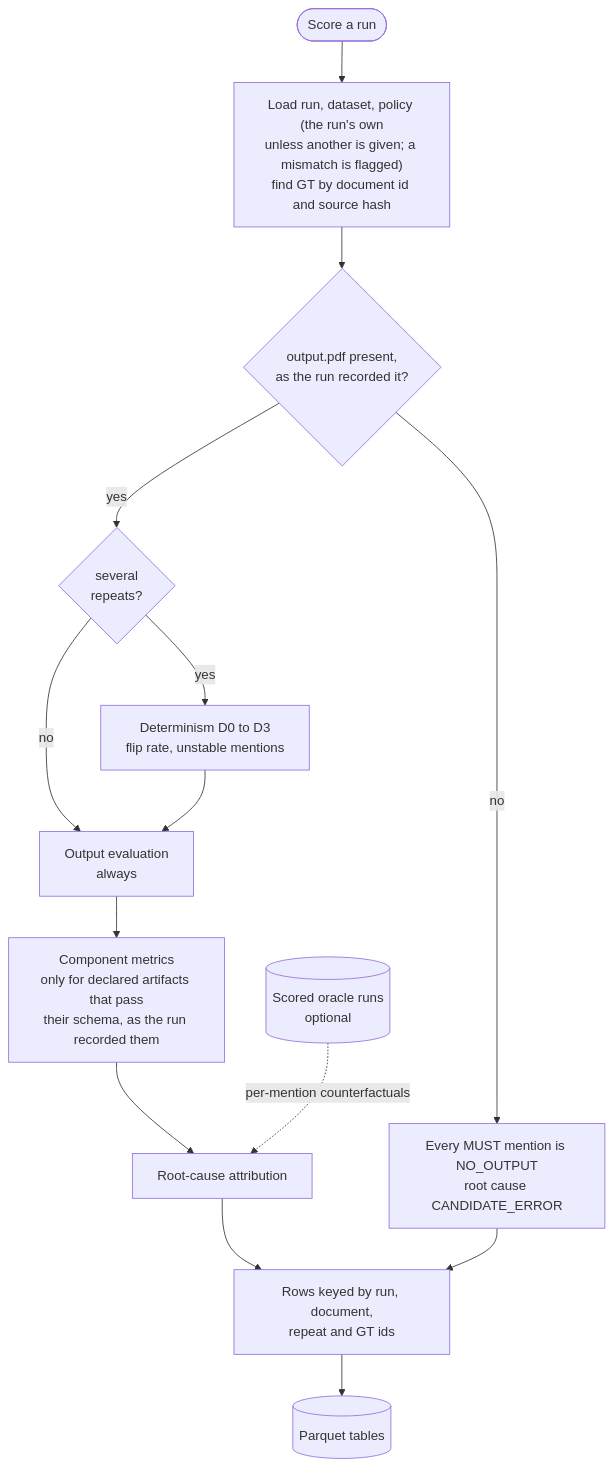
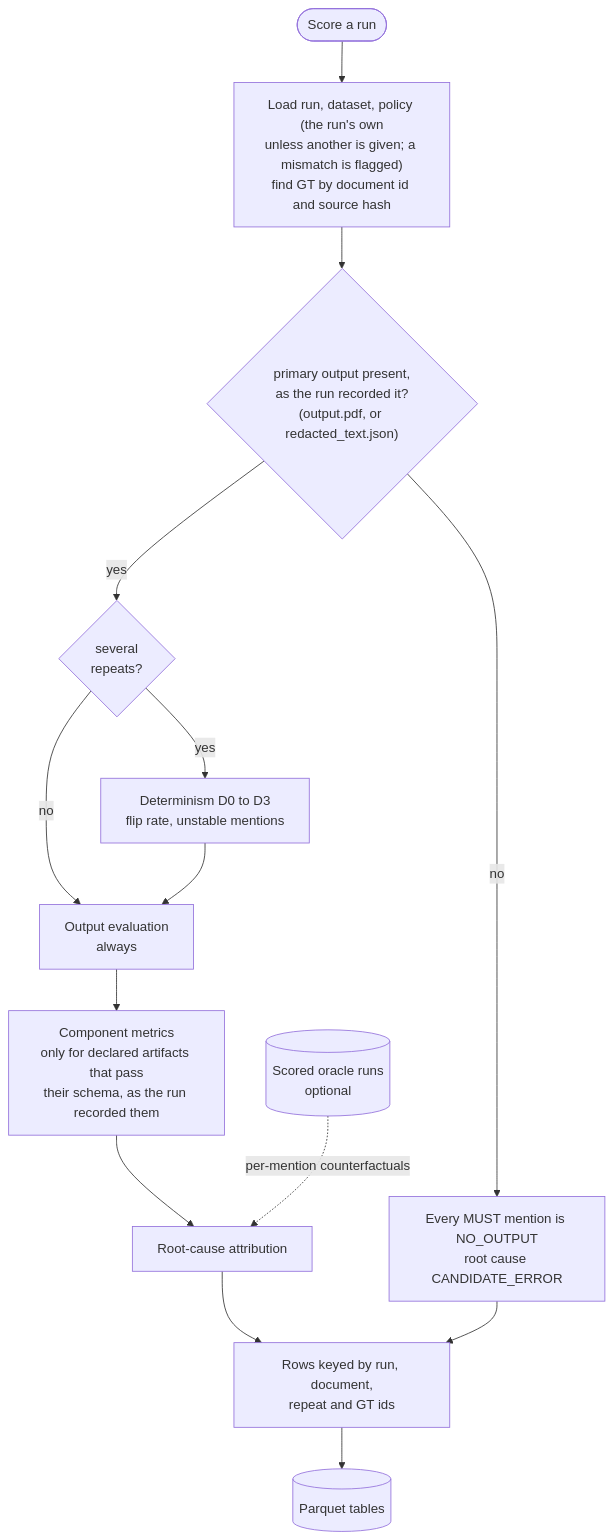
Before and after one commit to anshdeshwal31/redaction_benchmark: the fourth of 11 diagrams in ARCHITECTURE.md, drawn with Mermaid. The commit also changed other lines of this file and 4 other files, not shown here.

````diff
--- a/ARCHITECTURE.md
+++ b/ARCHITECTURE.md
@@ -243,16 +245,16 @@
 ```mermaid
 flowchart TD
     s0(["Score a run"]) --> load["Load run, dataset, policy (the run's own<br/>unless another is given; a mismatch is flagged)<br/>find GT by document id and source hash"]
-    load --> has{"output.pdf present,<br/>as the run recorded it?"}
+    load --> has{"primary output present,<br/>as the run recorded it?<br/>(output.pdf, or redacted_text.json)"}
     has -->|"no"| noout["Every MUST mention is NO_OUTPUT<br/>root cause CANDIDATE_ERROR"]
     has -->|"yes"| reps{"several<br/>repeats?"}
     reps -->|"yes"| det["Determinism D0 to D3<br/>flip rate, unstable mentions"]
     reps -->|"no"| ev
     det --> ev["Output evaluation<br/>always"]
     ev --> comp["Component metrics<br/>only for declared artifacts that pass<br/>their schema, as the run recorded them"]
     comp --> attr["Root-cause attribution"]
     oracles[("Scored oracle runs<br/>optional")] -.->|"per-mention counterfactuals"| attr
     attr --> rows["Rows keyed by run, document,<br/>repeat and GT ids"]
     noout --> rows
     rows --> tables[("Parquet tables")]
 ```
````
